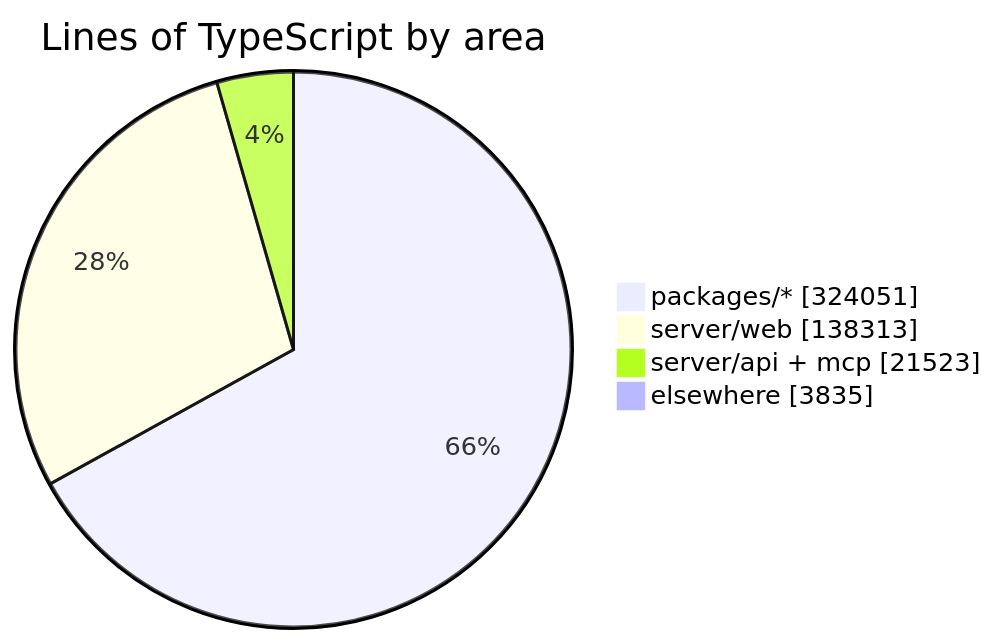
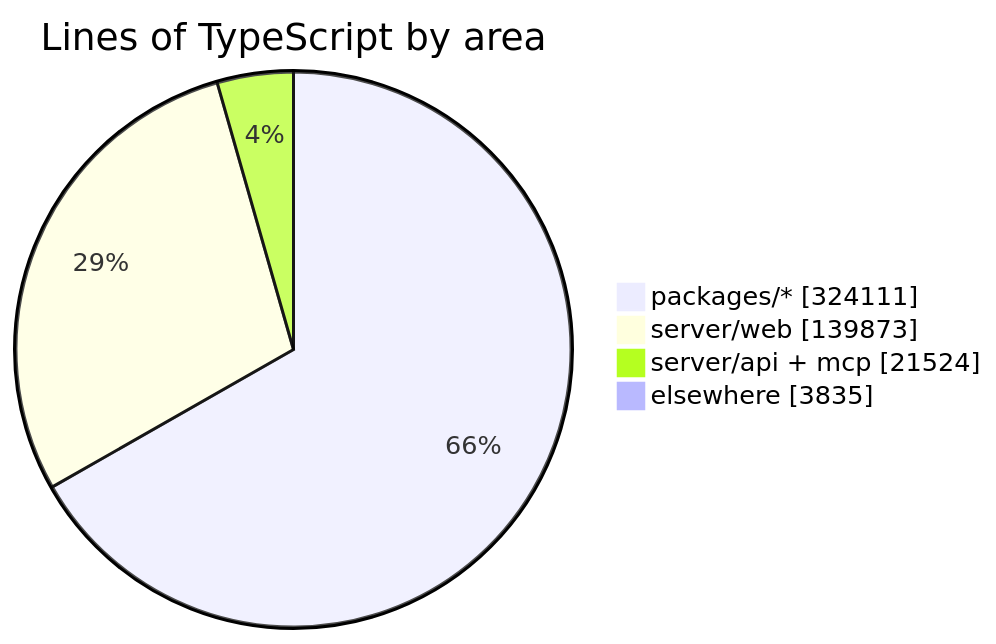
Before and after one commit to crossworks-engineering/mantle: the diagram in README.md, drawn with Mermaid. The commit also changed other lines of this file and 2 other files, not shown here.

````diff
--- a/README.md
+++ b/README.md
@@ -294,7 +294,7 @@
 ```mermaid
 pie showData title Lines of TypeScript by area
-    "packages/*" : 324051
-    "server/web" : 138313
-    "server/api + mcp" : 21523
+    "packages/*" : 324111
+    "server/web" : 139873
+    "server/api + mcp" : 21524
     "elsewhere" : 3835
 ```
````
